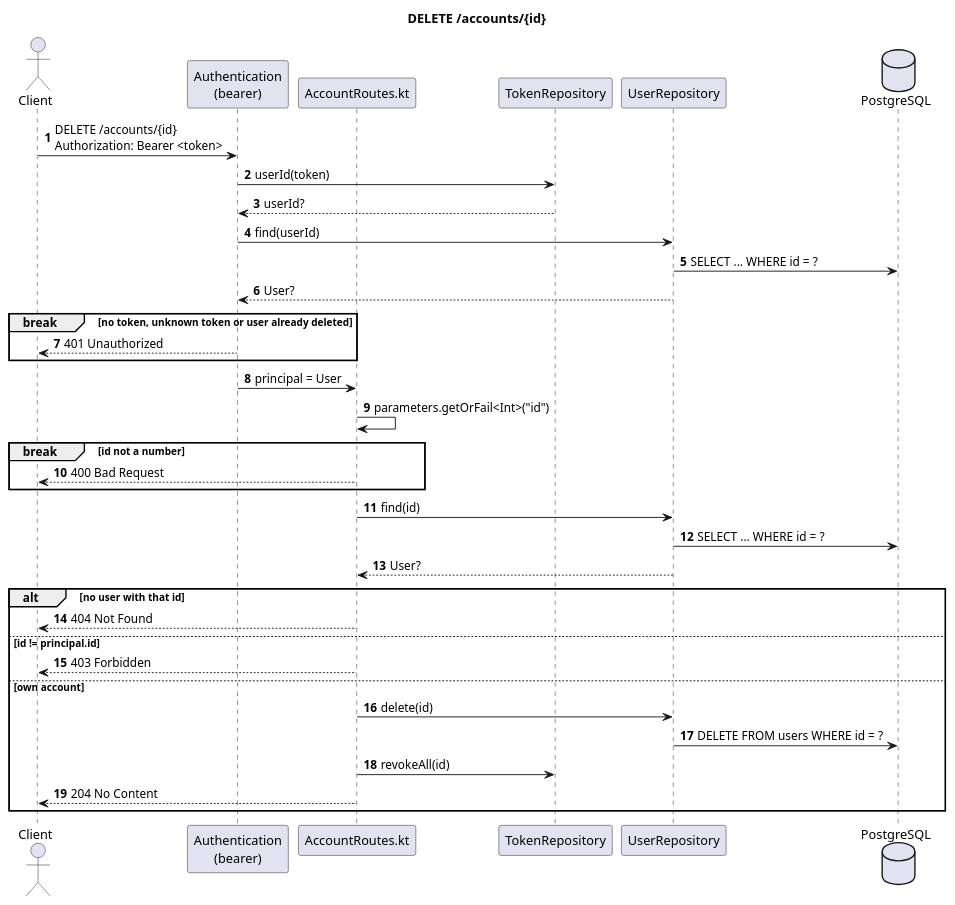
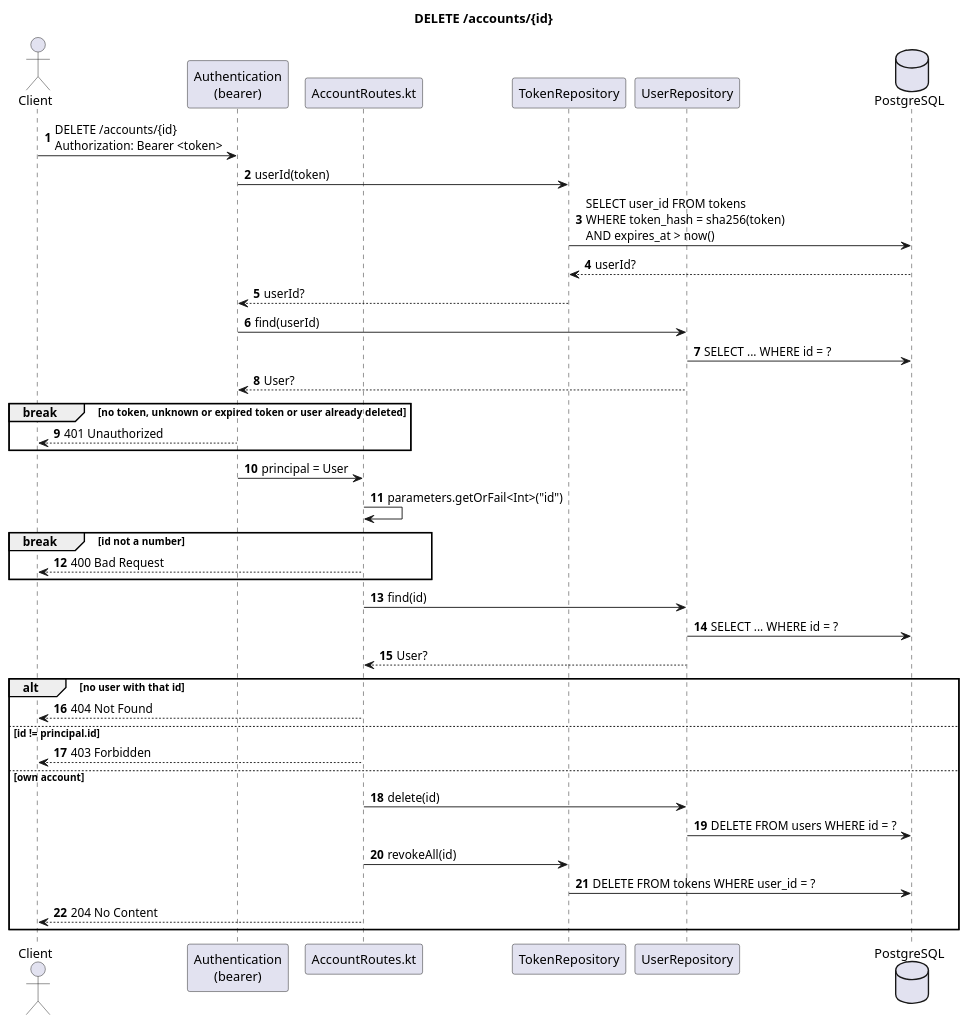
Before and after one commit to Rent-a-car-38291/rent-a-car: the diagram in docs/diagrams/sequence-delete-account.puml, drawn with PlantUML. The commit also changed 29 other files, not shown here.

```diff
--- a/docs/diagrams/sequence-delete-account.puml
+++ b/docs/diagrams/sequence-delete-account.puml
@@ -1,42 +1,45 @@
 @startuml
 title DELETE /accounts/{id}
 autonumber
 
 actor Client
 participant "Authentication\n(bearer)" as Auth
 participant "AccountRoutes.kt" as Route
 participant TokenRepository
 participant UserRepository
 database PostgreSQL
 
 Client -> Auth : DELETE /accounts/{id}\nAuthorization: Bearer <token>
 Auth -> TokenRepository : userId(token)
+TokenRepository -> PostgreSQL : SELECT user_id FROM tokens\nWHERE token_hash = sha256(token)\nAND expires_at > now()
+PostgreSQL --> TokenRepository : userId?
 TokenRepository --> Auth : userId?
 Auth -> UserRepository : find(userId)
 UserRepository -> PostgreSQL : SELECT ... WHERE id = ?
 UserRepository --> Auth : User?
-break no token, unknown token or user already deleted
+break no token, unknown or expired token or user already deleted
   Auth --> Client : 401 Unauthorized
 end
 Auth -> Route : principal = User
 
 Route -> Route : parameters.getOrFail<Int>("id")
 break id not a number
   Route --> Client : 400 Bad Request
 end
 
 Route -> UserRepository : find(id)
 UserRepository -> PostgreSQL : SELECT ... WHERE id = ?
 UserRepository --> Route : User?
 alt no user with that id
   Route --> Client : 404 Not Found
 else id != principal.id
   Route --> Client : 403 Forbidden
 else own account
   Route -> UserRepository : delete(id)
   UserRepository -> PostgreSQL : DELETE FROM users WHERE id = ?
   Route -> TokenRepository : revokeAll(id)
+TokenRepository -> PostgreSQL : DELETE FROM tokens WHERE user_id = ?
   Route --> Client : 204 No Content
 end
 
 @enduml
```
